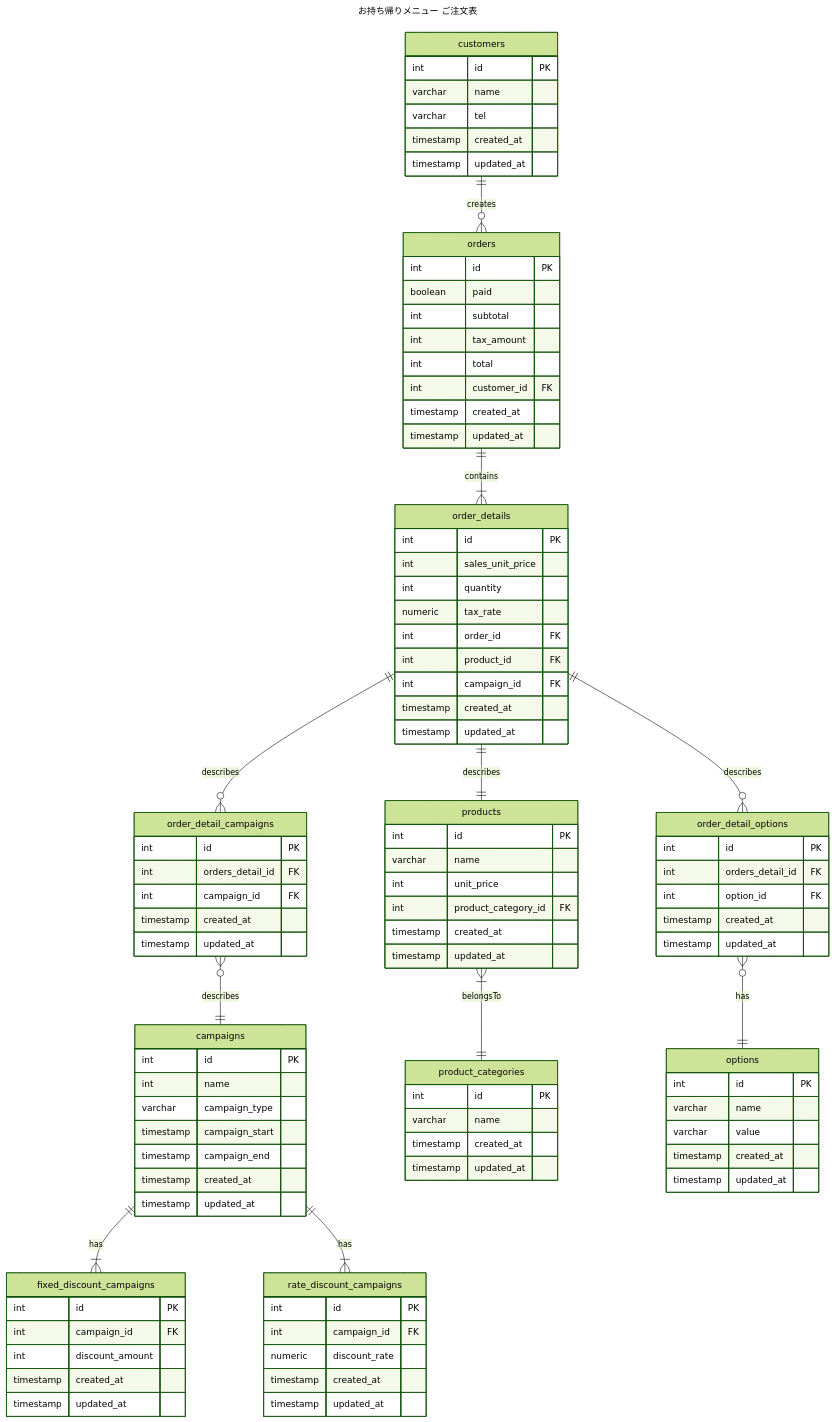
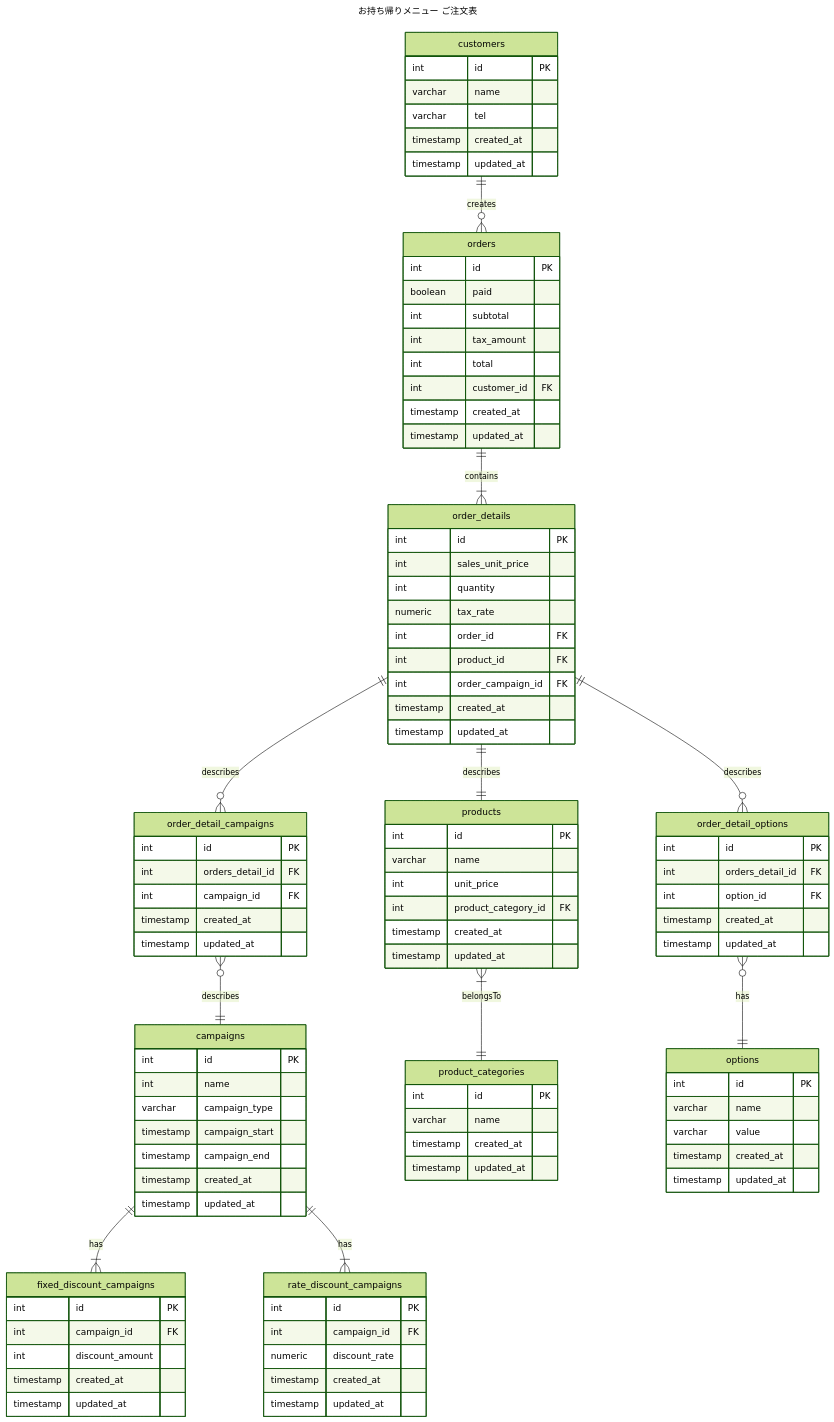
Before and after one commit to ttakuma17/til: the diagram in db/modeling/1/3-1/3-1.md, drawn with Mermaid (forest theme). The commit also changed 32 other files, not shown here.

```diff
--- a/db/modeling/1/3-1/3-1.md
+++ b/db/modeling/1/3-1/3-1.md
@@ -33,7 +33,7 @@
         numeric tax_rate
         int order_id FK
         int product_id FK
-        int campaign_id FK
+        int order_campaign_id FK
         timestamp created_at
         timestamp updated_at
     }
```
